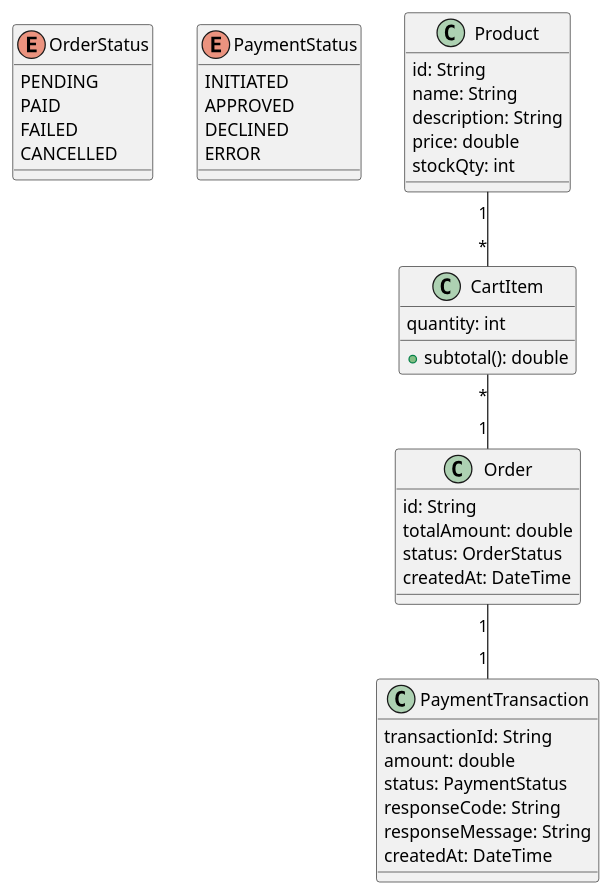
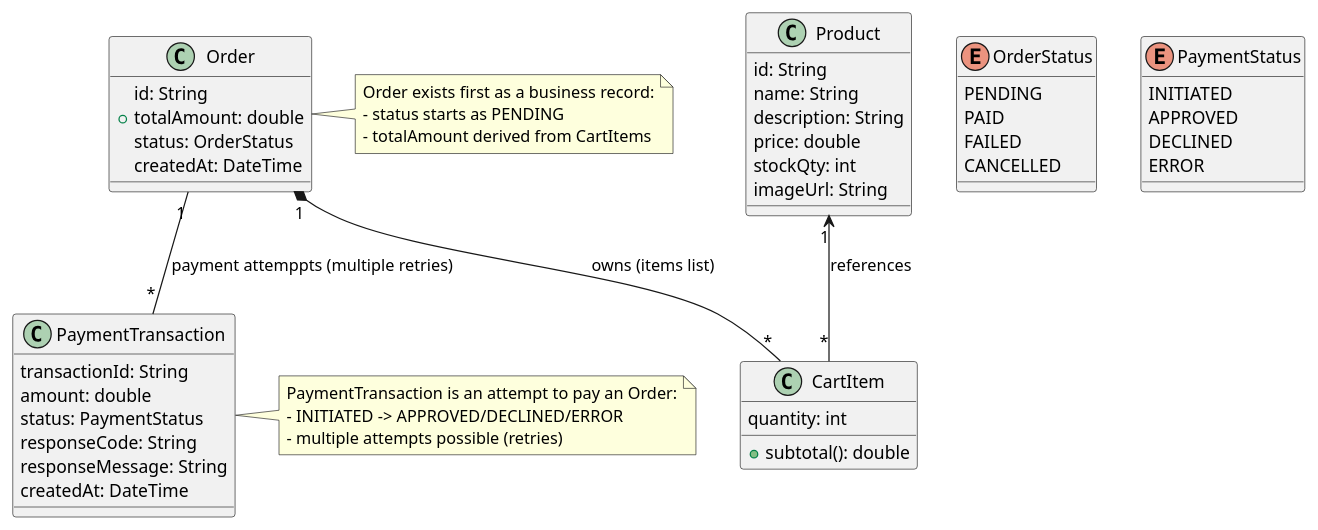
The diagram in docs/product_model.puml (jcleong24/ShopeSphere), drawn with PlantUML before and after one commit.

Commit message:
product model added imageUrl and adjustment

```diff
--- a/docs/product_model.puml
+++ b/docs/product_model.puml
@@ -1,50 +1,64 @@
 @startuml ecommerce_model
 
 enum OrderStatus {
   PENDING
   PAID
   FAILED
   CANCELLED
 }
 
 enum PaymentStatus {
   INITIATED
   APPROVED
   DECLINED
   ERROR
 }
 
 class Product {
   id: String
   name: String
   description: String
   price: double
   stockQty: int
+  imageUrl: String
 }
 
 class CartItem {
   quantity: int
   +subtotal(): double
 }
 
 class Order {
   id: String
-  totalAmount: double
+  +totalAmount: double
   status: OrderStatus
   createdAt: DateTime
 }
 
 class PaymentTransaction {
   transactionId: String
   amount: double
   status: PaymentStatus
   responseCode: String
   responseMessage: String
   createdAt: DateTime
 }
 
-Product "1" -- "*" CartItem
-CartItem "*" -- "1" Order
-Order "1" -- "1" PaymentTransaction
+Product "1" <-- "*" CartItem : references
+Order "1" *-- "*" CartItem : owns (items list)
+Order "1" -- "*" PaymentTransaction : payment attemppts (multiple retries)
+
+' ===== Notes to explain the "why" =====
+note right of Order
+Order exists first as a business record:
+- status starts as PENDING
+- totalAmount derived from CartItems
+end note
+
+note right of PaymentTransaction
+PaymentTransaction is an attempt to pay an Order:
+- INITIATED -> APPROVED/DECLINED/ERROR
+- multiple attempts possible (retries)
+end note
 
 @enduml
```
